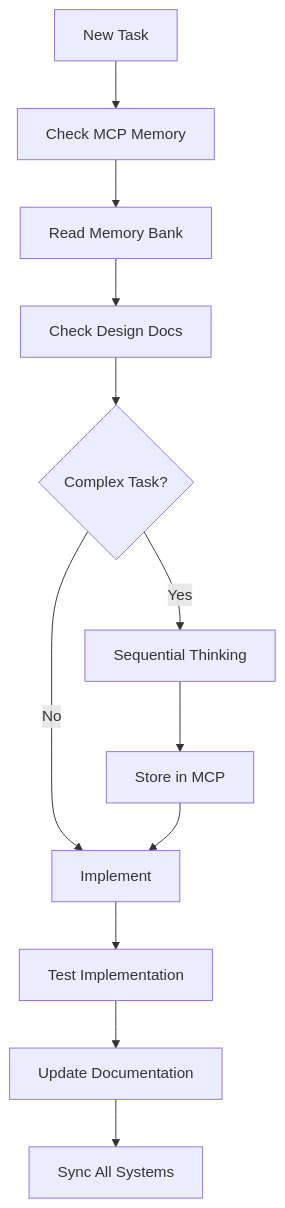
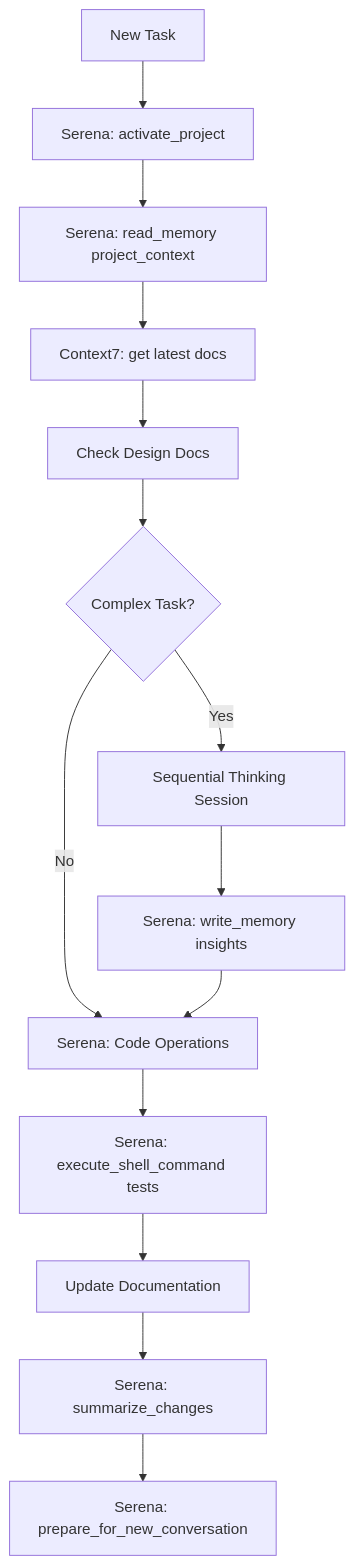
The first of 2 diagrams in CLAUDE.md (vinhltt/3_tihomo), drawn with Mermaid before and after one commit. The commit also changed other lines of this file and 9 other files, not shown here.

````diff
--- a/CLAUDE.md
+++ b/CLAUDE.md
@@ -376,14 +99,16 @@
 ```mermaid
 flowchart TD
-    Start[New Task] --> CheckMCP[Check MCP Memory]
-    CheckMCP --> ReadMemory[Read Memory Bank]
-    ReadMemory --> CheckDesign[Check Design Docs]
+    Start[New Task] --> Serena[Serena: activate_project]
+    Serena --> CheckMemory[Serena: read_memory project_context]
+    CheckMemory --> ReadDocs[Context7: get latest docs]
+    ReadDocs --> CheckDesign[Check Design Docs]
     CheckDesign --> Complex{Complex Task?}
-    Complex -->|Yes| SeqThink[Sequential Thinking]
-    Complex -->|No| Implement[Implement]
-    SeqThink --> StoreMCP[Store in MCP]
-    StoreMCP --> Implement
-    Implement --> Test[Test Implementation]
+    Complex -->|Yes| SeqThink[Sequential Thinking Session]
+    Complex -->|No| SerenaCode[Serena: Code Operations]
+    SeqThink --> StoreMemory[Serena: write_memory insights]
+    StoreMemory --> SerenaCode
+    SerenaCode --> Test[Serena: execute_shell_command tests]
     Test --> UpdateDocs[Update Documentation]
-    UpdateDocs --> SyncSystems[Sync All Systems]
+    UpdateDocs --> SummarySerena[Serena: summarize_changes]
+    SummarySerena --> PrepareNext[Serena: prepare_for_new_conversation]
 ```
````
